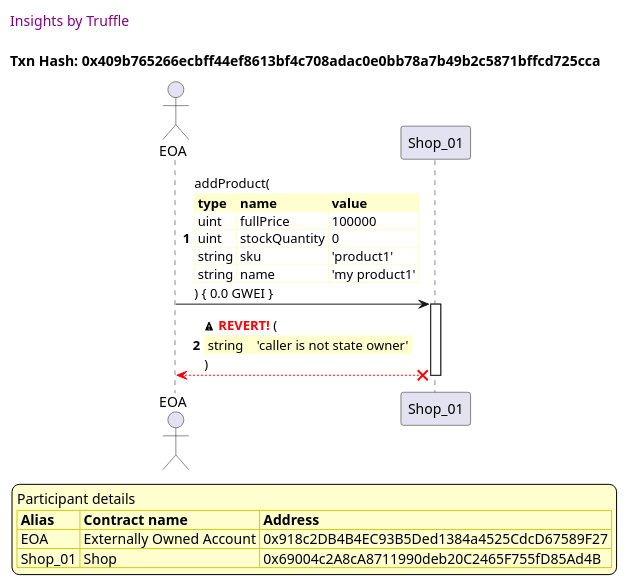
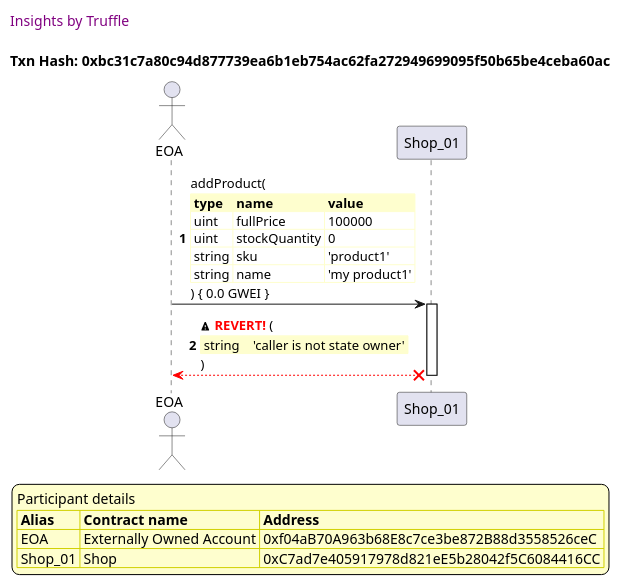
One commit to thedarkjester/ConsensysAssignment changed the second of 2 diagrams in truffle-seq/Shop_test_shop_products.md. Above: the diagram before and after it, drawn with PlantUML. The commit also changed other lines of this file and 13 other files, not shown here.

````diff
--- a/truffle-seq/Shop_test_shop_products.md
+++ b/truffle-seq/Shop_test_shop_products.md
@@ -59,46 +59,46 @@
 ```plantuml
 
 
 @startuml
 
 autonumber
 skinparam legendBackgroundColor #FEFECE
 
 <style>
       header {
         HorizontalAlignment left
         FontColor purple
         FontSize 14
         Padding 10
       }
     </style>
 
 header Insights by Truffle
 
-title Txn Hash: 0x409b765266ecbff44ef8613bf4c708adac0e0bb78a7b49b2c5871bffcd725cca
+title Txn Hash: 0xbc31c7a80c94d877739ea6b1eb754ac62fa272949699095f50b65be4ceba60ac
 
 
 actor EOA as "EOA"
 participant Shop_01 as "Shop_01"
 
 "EOA" -> "Shop_01" ++: addProduct(\n\
 <#FEFECE,#FEFECE>|= type |= name |= value |\n\
 | uint | fullPrice | 100000 |\n\
 | uint | stockQuantity | 0 |\n\
 | string | sku | 'product1' |\n\
 | string | name | 'my product1' |\n\
 ) { 0.0 GWEI }
 "Shop_01" x-[#red]-> "EOA" --: <&warning> <color #red>**REVERT!**</color> (\n\
 <#FEFECE,#FEFECE>| string |  | 'caller is not state owner' |\n\
 )
 deactivate "Shop_01"
 
 legend
 Participant details
 <#FEFECE,#D0D000>|= Alias |= Contract name |= Address |
-<#FEFECE>| EOA | Externally Owned Account | 0x918c2DB4B4EC93B5Ded1384a4525CdcD67589F27 |
-<#FEFECE>| Shop_01 | Shop | 0x69004c2A8cA8711990deb20C2465F755fD85Ad4B |
+<#FEFECE>| EOA | Externally Owned Account | 0xf04aB70A963b68E8c7ce3be872B88d3558526ceC |
+<#FEFECE>| Shop_01 | Shop | 0xC7ad7e405917978d821eE5b28042f5C6084416CC |
 endlegend
 
 @enduml
 ```
````
